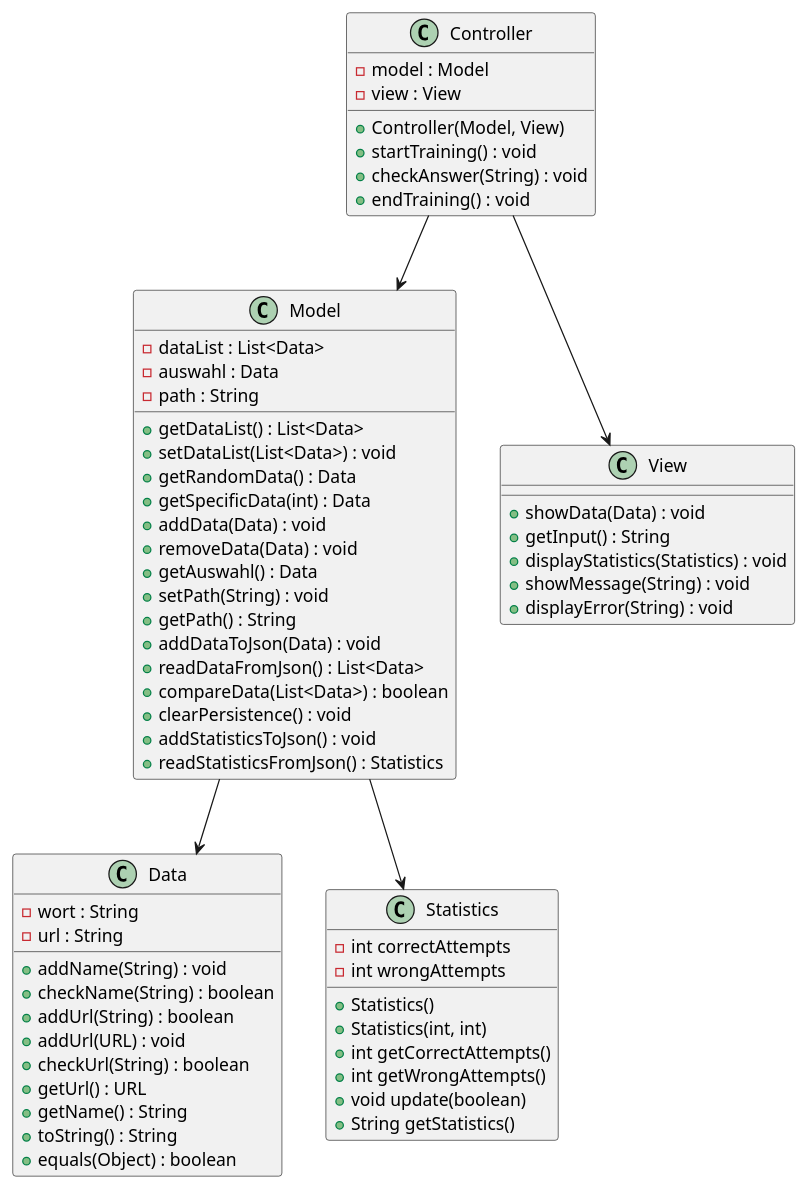
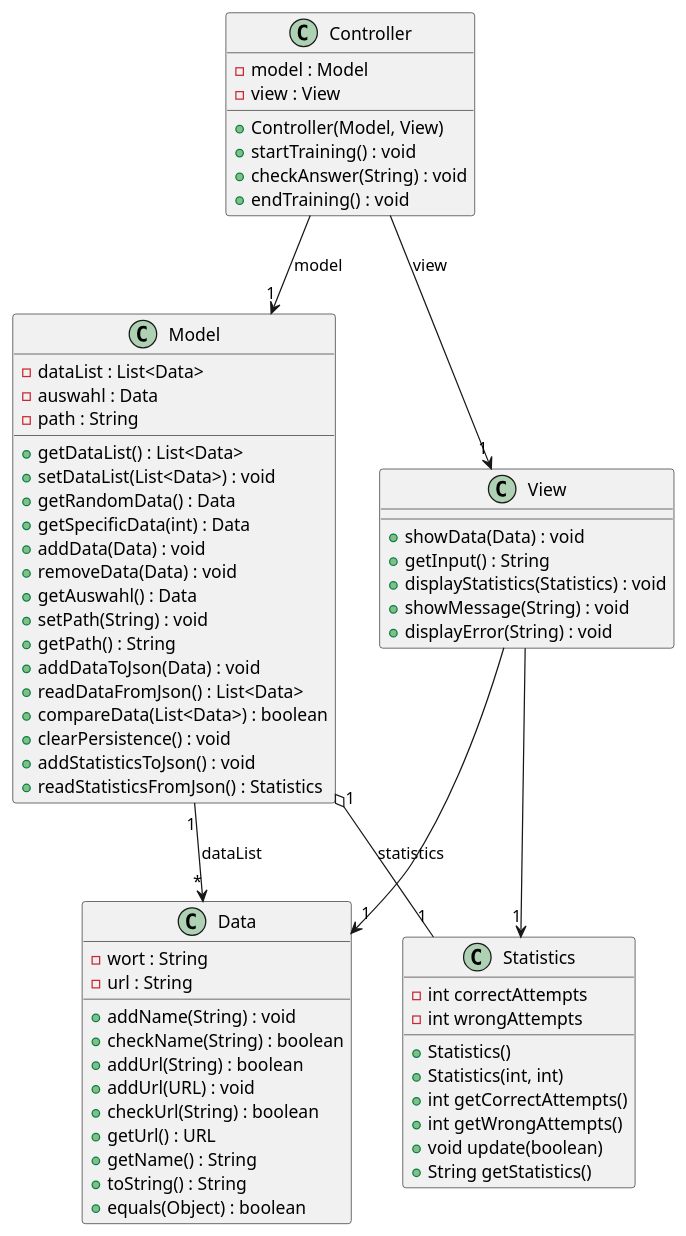
One commit to TGM-HIT/sew9-2425-worttrainer-kbau3r changed the diagram in worttrainer-reloaded.puml. Above: the diagram before and after it, drawn with PlantUML.

Commit message:
UML details eingeblendet

```diff
--- a/worttrainer-reloaded.puml
+++ b/worttrainer-reloaded.puml
@@ -1,72 +1,74 @@
 @startuml
 'title: Worttrainer Reloaded - kbauer'
 
 class Model {
   -dataList : List<Data>
   -auswahl : Data
   -path : String
   +getDataList() : List<Data>
   +setDataList(List<Data>) : void
   +getRandomData() : Data
   +getSpecificData(int) : Data
   +addData(Data) : void
   +removeData(Data) : void
   +getAuswahl() : Data
   +setPath(String) : void
   +getPath() : String
   +addDataToJson(Data) : void
   +readDataFromJson() : List<Data>
   +compareData(List<Data>) : boolean
   +clearPersistence() : void
   +addStatisticsToJson() : void
   +readStatisticsFromJson() : Statistics
 }
 
 class Data {
   -wort : String
   -url : String
   +addName(String) : void
   +checkName(String) : boolean
   +addUrl(String) : boolean
   +addUrl(URL) : void
   +checkUrl(String) : boolean
   +getUrl() : URL
   +getName() : String
   +toString() : String
   +equals(Object) : boolean
 }
 
 class Statistics {
   - int correctAttempts
   - int wrongAttempts
   + Statistics()
   + Statistics(int, int)
   + int getCorrectAttempts()
   + int getWrongAttempts()
   + void update(boolean)
   + String getStatistics()
 }
 
 class View {
   + showData(Data) : void
   + getInput() : String
   + displayStatistics(Statistics) : void
   + showMessage(String) : void
   + displayError(String) : void
 }
 
 class Controller {
   -model : Model
   -view : View
   +Controller(Model, View)
   +startTraining() : void
   +checkAnswer(String) : void
   +endTraining() : void
 }
 
-Controller --> Model
-Controller --> View
-Model --> Data
-Model --> Statistics
+Controller --> "1" Model : model
+Controller --> "1" View : view
+Model "1" --> "*" Data : dataList
+Model "1" o-- "1" Statistics : statistics
+View --> "1" Data
+View --> "1" Statistics
 
 @enduml
```
